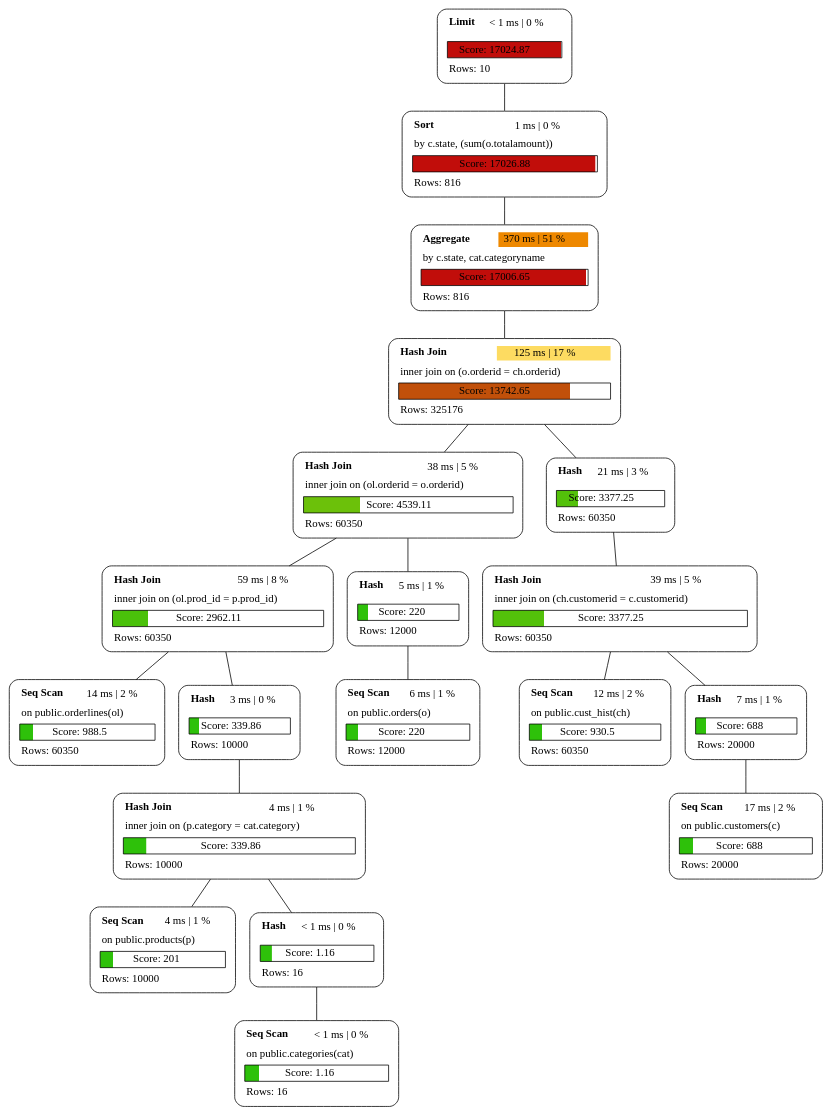
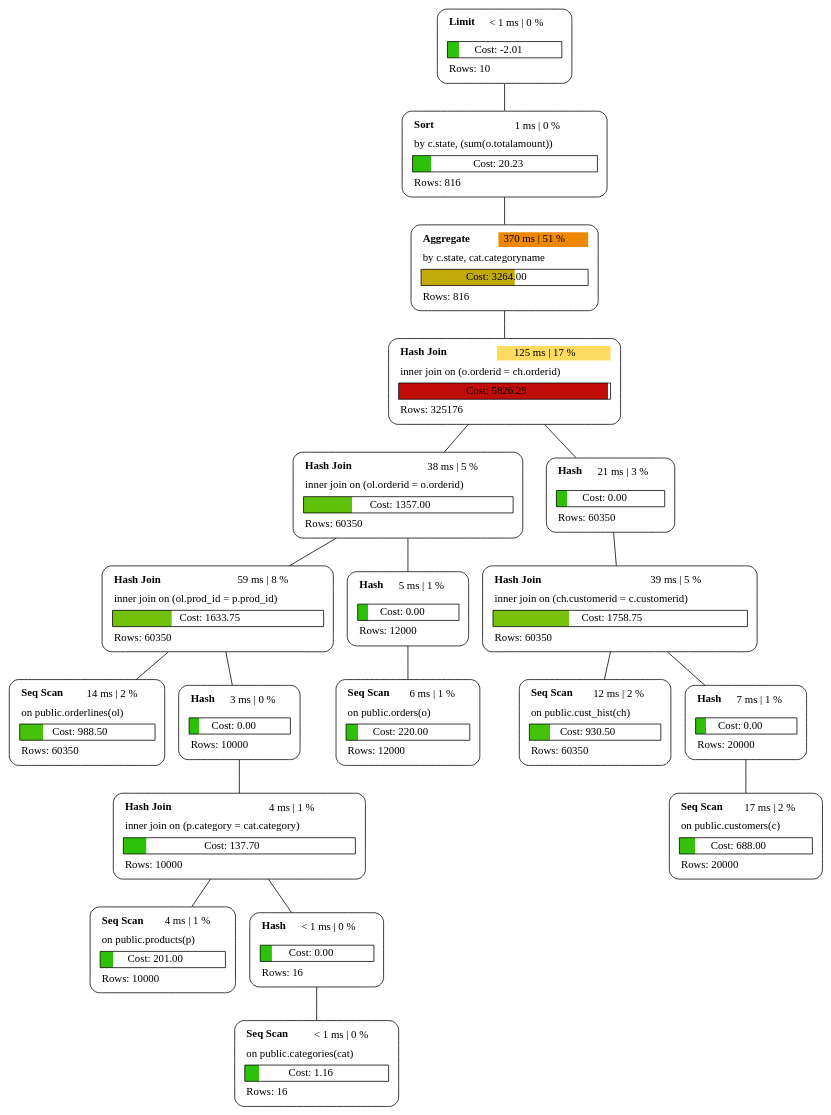
The diagram in examples/plan_5.dot (sanpii/explain), drawn with Graphviz before and after one commit. The commit also changed 16 other files, not shown here.

```diff
--- a/examples/plan_5.dot
+++ b/examples/plan_5.dot
@@ -1,23 +1,23 @@
 graph explain {
-    node0[label=<<table border="0" cellborder="0" cellspacing="5"><tr><td align="left"><b>Limit</b></td><td>&lt; 1 ms | 0 %</td></tr><tr><td colspan="2" align="left"></td></tr><tr><td colspan="2" border="1" bgcolor="#c10d0a;0.99:white">Score: 17024.87</td></tr><tr><td colspan="2" align="left">Rows: 10</td></tr></table>>][style="rounded"][shape="box"];
-    node1[label=<<table border="0" cellborder="0" cellspacing="5"><tr><td align="left"><b>Sort</b></td><td bgcolor="white">1 ms | 0 %</td></tr><tr><td colspan="2" align="left">by c.state, (sum(o.totalamount))</td></tr><tr><td colspan="2" border="1" bgcolor="#c10d0a;0.99:white">Score: 17026.88</td></tr><tr><td colspan="2" align="left">Rows: 816</td></tr></table>>][style="rounded"][shape="box"];
-    node2[label=<<table border="0" cellborder="0" cellspacing="5"><tr><td align="left"><b>Aggregate</b></td><td bgcolor="#ee8800">370 ms | 51 %</td></tr><tr><td colspan="2" align="left">by c.state, cat.categoryname</td></tr><tr><td colspan="2" border="1" bgcolor="#c10d0a;0.99:white">Score: 17006.65</td></tr><tr><td colspan="2" align="left">Rows: 816</td></tr></table>>][style="rounded"][shape="box"];
-    node3[label=<<table border="0" cellborder="0" cellspacing="5"><tr><td align="left"><b>Hash Join</b></td><td bgcolor="#fddb61">125 ms | 17 %</td></tr><tr><td colspan="2" align="left">inner join on (o.orderid = ch.orderid)</td></tr><tr><td colspan="2" border="1" bgcolor="#c1500a;0.81:white">Score: 13742.65</td></tr><tr><td colspan="2" align="left">Rows: 325176</td></tr></table>>][style="rounded"][shape="box"];
-    node4[label=<<table border="0" cellborder="0" cellspacing="5"><tr><td align="left"><b>Hash Join</b></td><td bgcolor="white">38 ms | 5 %</td></tr><tr><td colspan="2" align="left">inner join on (ol.orderid = o.orderid)</td></tr><tr><td colspan="2" border="1" bgcolor="#6cc10a;0.27:white">Score: 4539.11</td></tr><tr><td colspan="2" align="left">Rows: 60350</td></tr></table>>][style="rounded"][shape="box"];
-    node5[label=<<table border="0" cellborder="0" cellspacing="5"><tr><td align="left"><b>Hash Join</b></td><td bgcolor="white">59 ms | 8 %</td></tr><tr><td colspan="2" align="left">inner join on (ol.prod_id = p.prod_id)</td></tr><tr><td colspan="2" border="1" bgcolor="#4ac10a;0.17:white">Score: 2962.11</td></tr><tr><td colspan="2" align="left">Rows: 60350</td></tr></table>>][style="rounded"][shape="box"];
-    node6[label=<<table border="0" cellborder="0" cellspacing="5"><tr><td align="left"><b>Seq Scan</b></td><td bgcolor="white">14 ms | 2 %</td></tr><tr><td colspan="2" align="left">on public.orderlines(ol)</td></tr><tr><td colspan="2" border="1" bgcolor="#2ec10a;0.10:white">Score: 988.5</td></tr><tr><td colspan="2" align="left">Rows: 60350</td></tr></table>>][style="rounded"][shape="box"];
-    node7[label=<<table border="0" cellborder="0" cellspacing="5"><tr><td align="left"><b>Hash</b></td><td bgcolor="white">3 ms | 0 %</td></tr><tr><td colspan="2" align="left"></td></tr><tr><td colspan="2" border="1" bgcolor="#2ec10a;0.10:white">Score: 339.86</td></tr><tr><td colspan="2" align="left">Rows: 10000</td></tr></table>>][style="rounded"][shape="box"];
-    node8[label=<<table border="0" cellborder="0" cellspacing="5"><tr><td align="left"><b>Hash Join</b></td><td bgcolor="white">4 ms | 1 %</td></tr><tr><td colspan="2" align="left">inner join on (p.category = cat.category)</td></tr><tr><td colspan="2" border="1" bgcolor="#2ec10a;0.10:white">Score: 339.86</td></tr><tr><td colspan="2" align="left">Rows: 10000</td></tr></table>>][style="rounded"][shape="box"];
-    node9[label=<<table border="0" cellborder="0" cellspacing="5"><tr><td align="left"><b>Seq Scan</b></td><td bgcolor="white">4 ms | 1 %</td></tr><tr><td colspan="2" align="left">on public.products(p)</td></tr><tr><td colspan="2" border="1" bgcolor="#2ec10a;0.10:white">Score: 201</td></tr><tr><td colspan="2" align="left">Rows: 10000</td></tr></table>>][style="rounded"][shape="box"];
-    node10[label=<<table border="0" cellborder="0" cellspacing="5"><tr><td align="left"><b>Hash</b></td><td>&lt; 1 ms | 0 %</td></tr><tr><td colspan="2" align="left"></td></tr><tr><td colspan="2" border="1" bgcolor="#2ec10a;0.10:white">Score: 1.16</td></tr><tr><td colspan="2" align="left">Rows: 16</td></tr></table>>][style="rounded"][shape="box"];
-    node11[label=<<table border="0" cellborder="0" cellspacing="5"><tr><td align="left"><b>Seq Scan</b></td><td>&lt; 1 ms | 0 %</td></tr><tr><td colspan="2" align="left">on public.categories(cat)</td></tr><tr><td colspan="2" border="1" bgcolor="#2ec10a;0.10:white">Score: 1.16</td></tr><tr><td colspan="2" align="left">Rows: 16</td></tr></table>>][style="rounded"][shape="box"];
-    node12[label=<<table border="0" cellborder="0" cellspacing="5"><tr><td align="left"><b>Hash</b></td><td bgcolor="white">5 ms | 1 %</td></tr><tr><td colspan="2" align="left"></td></tr><tr><td colspan="2" border="1" bgcolor="#2ec10a;0.10:white">Score: 220</td></tr><tr><td colspan="2" align="left">Rows: 12000</td></tr></table>>][style="rounded"][shape="box"];
-    node13[label=<<table border="0" cellborder="0" cellspacing="5"><tr><td align="left"><b>Seq Scan</b></td><td bgcolor="white">6 ms | 1 %</td></tr><tr><td colspan="2" align="left">on public.orders(o)</td></tr><tr><td colspan="2" border="1" bgcolor="#2ec10a;0.10:white">Score: 220</td></tr><tr><td colspan="2" align="left">Rows: 12000</td></tr></table>>][style="rounded"][shape="box"];
-    node14[label=<<table border="0" cellborder="0" cellspacing="5"><tr><td align="left"><b>Hash</b></td><td bgcolor="white">21 ms | 3 %</td></tr><tr><td colspan="2" align="left"></td></tr><tr><td colspan="2" border="1" bgcolor="#53c10a;0.20:white">Score: 3377.25</td></tr><tr><td colspan="2" align="left">Rows: 60350</td></tr></table>>][style="rounded"][shape="box"];
-    node15[label=<<table border="0" cellborder="0" cellspacing="5"><tr><td align="left"><b>Hash Join</b></td><td bgcolor="white">39 ms | 5 %</td></tr><tr><td colspan="2" align="left">inner join on (ch.customerid = c.customerid)</td></tr><tr><td colspan="2" border="1" bgcolor="#53c10a;0.20:white">Score: 3377.25</td></tr><tr><td colspan="2" align="left">Rows: 60350</td></tr></table>>][style="rounded"][shape="box"];
-    node16[label=<<table border="0" cellborder="0" cellspacing="5"><tr><td align="left"><b>Seq Scan</b></td><td bgcolor="white">12 ms | 2 %</td></tr><tr><td colspan="2" align="left">on public.cust_hist(ch)</td></tr><tr><td colspan="2" border="1" bgcolor="#2ec10a;0.10:white">Score: 930.5</td></tr><tr><td colspan="2" align="left">Rows: 60350</td></tr></table>>][style="rounded"][shape="box"];
-    node17[label=<<table border="0" cellborder="0" cellspacing="5"><tr><td align="left"><b>Hash</b></td><td bgcolor="white">7 ms | 1 %</td></tr><tr><td colspan="2" align="left"></td></tr><tr><td colspan="2" border="1" bgcolor="#2ec10a;0.10:white">Score: 688</td></tr><tr><td colspan="2" align="left">Rows: 20000</td></tr></table>>][style="rounded"][shape="box"];
-    node18[label=<<table border="0" cellborder="0" cellspacing="5"><tr><td align="left"><b>Seq Scan</b></td><td bgcolor="white">17 ms | 2 %</td></tr><tr><td colspan="2" align="left">on public.customers(c)</td></tr><tr><td colspan="2" border="1" bgcolor="#2ec10a;0.10:white">Score: 688</td></tr><tr><td colspan="2" align="left">Rows: 20000</td></tr></table>>][style="rounded"][shape="box"];
+    node0[label=<<table border="0" cellborder="0" cellspacing="5"><tr><td align="left"><b>Limit</b></td><td>&lt; 1 ms | 0 %</td></tr><tr><td colspan="2" align="left"></td></tr><tr><td colspan="2" border="1" bgcolor="#2ec10a;0.10:white">Cost: -2.01</td></tr><tr><td colspan="2" align="left">Rows: 10</td></tr></table>>][style="rounded"][shape="box"];
+    node1[label=<<table border="0" cellborder="0" cellspacing="5"><tr><td align="left"><b>Sort</b></td><td bgcolor="white">1 ms | 0 %</td></tr><tr><td colspan="2" align="left">by c.state, (sum(o.totalamount))</td></tr><tr><td colspan="2" border="1" bgcolor="#2ec10a;0.10:white">Cost: 20.23</td></tr><tr><td colspan="2" align="left">Rows: 816</td></tr></table>>][style="rounded"][shape="box"];
+    node2[label=<<table border="0" cellborder="0" cellspacing="5"><tr><td align="left"><b>Aggregate</b></td><td bgcolor="#ee8800">370 ms | 51 %</td></tr><tr><td colspan="2" align="left">by c.state, cat.categoryname</td></tr><tr><td colspan="2" border="1" bgcolor="#c1ab0a;0.56:white">Cost: 3264.00</td></tr><tr><td colspan="2" align="left">Rows: 816</td></tr></table>>][style="rounded"][shape="box"];
+    node3[label=<<table border="0" cellborder="0" cellspacing="5"><tr><td align="left"><b>Hash Join</b></td><td bgcolor="#fddb61">125 ms | 17 %</td></tr><tr><td colspan="2" align="left">inner join on (o.orderid = ch.orderid)</td></tr><tr><td colspan="2" border="1" bgcolor="#c10d0a;0.99:white">Cost: 5826.29</td></tr><tr><td colspan="2" align="left">Rows: 325176</td></tr></table>>][style="rounded"][shape="box"];
+    node4[label=<<table border="0" cellborder="0" cellspacing="5"><tr><td align="left"><b>Hash Join</b></td><td bgcolor="white">38 ms | 5 %</td></tr><tr><td colspan="2" align="left">inner join on (ol.orderid = o.orderid)</td></tr><tr><td colspan="2" border="1" bgcolor="#5fc10a;0.23:white">Cost: 1357.00</td></tr><tr><td colspan="2" align="left">Rows: 60350</td></tr></table>>][style="rounded"][shape="box"];
+    node5[label=<<table border="0" cellborder="0" cellspacing="5"><tr><td align="left"><b>Hash Join</b></td><td bgcolor="white">59 ms | 8 %</td></tr><tr><td colspan="2" align="left">inner join on (ol.prod_id = p.prod_id)</td></tr><tr><td colspan="2" border="1" bgcolor="#71c10a;0.28:white">Cost: 1633.75</td></tr><tr><td colspan="2" align="left">Rows: 60350</td></tr></table>>][style="rounded"][shape="box"];
+    node6[label=<<table border="0" cellborder="0" cellspacing="5"><tr><td align="left"><b>Seq Scan</b></td><td bgcolor="white">14 ms | 2 %</td></tr><tr><td colspan="2" align="left">on public.orderlines(ol)</td></tr><tr><td colspan="2" border="1" bgcolor="#48c10a;0.17:white">Cost: 988.50</td></tr><tr><td colspan="2" align="left">Rows: 60350</td></tr></table>>][style="rounded"][shape="box"];
+    node7[label=<<table border="0" cellborder="0" cellspacing="5"><tr><td align="left"><b>Hash</b></td><td bgcolor="white">3 ms | 0 %</td></tr><tr><td colspan="2" align="left"></td></tr><tr><td colspan="2" border="1" bgcolor="#2ec10a;0.10:white">Cost: 0.00</td></tr><tr><td colspan="2" align="left">Rows: 10000</td></tr></table>>][style="rounded"][shape="box"];
+    node8[label=<<table border="0" cellborder="0" cellspacing="5"><tr><td align="left"><b>Hash Join</b></td><td bgcolor="white">4 ms | 1 %</td></tr><tr><td colspan="2" align="left">inner join on (p.category = cat.category)</td></tr><tr><td colspan="2" border="1" bgcolor="#2ec10a;0.10:white">Cost: 137.70</td></tr><tr><td colspan="2" align="left">Rows: 10000</td></tr></table>>][style="rounded"][shape="box"];
+    node9[label=<<table border="0" cellborder="0" cellspacing="5"><tr><td align="left"><b>Seq Scan</b></td><td bgcolor="white">4 ms | 1 %</td></tr><tr><td colspan="2" align="left">on public.products(p)</td></tr><tr><td colspan="2" border="1" bgcolor="#2ec10a;0.10:white">Cost: 201.00</td></tr><tr><td colspan="2" align="left">Rows: 10000</td></tr></table>>][style="rounded"][shape="box"];
+    node10[label=<<table border="0" cellborder="0" cellspacing="5"><tr><td align="left"><b>Hash</b></td><td>&lt; 1 ms | 0 %</td></tr><tr><td colspan="2" align="left"></td></tr><tr><td colspan="2" border="1" bgcolor="#2ec10a;0.10:white">Cost: 0.00</td></tr><tr><td colspan="2" align="left">Rows: 16</td></tr></table>>][style="rounded"][shape="box"];
+    node11[label=<<table border="0" cellborder="0" cellspacing="5"><tr><td align="left"><b>Seq Scan</b></td><td>&lt; 1 ms | 0 %</td></tr><tr><td colspan="2" align="left">on public.categories(cat)</td></tr><tr><td colspan="2" border="1" bgcolor="#2ec10a;0.10:white">Cost: 1.16</td></tr><tr><td colspan="2" align="left">Rows: 16</td></tr></table>>][style="rounded"][shape="box"];
+    node12[label=<<table border="0" cellborder="0" cellspacing="5"><tr><td align="left"><b>Hash</b></td><td bgcolor="white">5 ms | 1 %</td></tr><tr><td colspan="2" align="left"></td></tr><tr><td colspan="2" border="1" bgcolor="#2ec10a;0.10:white">Cost: 0.00</td></tr><tr><td colspan="2" align="left">Rows: 12000</td></tr></table>>][style="rounded"][shape="box"];
+    node13[label=<<table border="0" cellborder="0" cellspacing="5"><tr><td align="left"><b>Seq Scan</b></td><td bgcolor="white">6 ms | 1 %</td></tr><tr><td colspan="2" align="left">on public.orders(o)</td></tr><tr><td colspan="2" border="1" bgcolor="#2ec10a;0.10:white">Cost: 220.00</td></tr><tr><td colspan="2" align="left">Rows: 12000</td></tr></table>>][style="rounded"][shape="box"];
+    node14[label=<<table border="0" cellborder="0" cellspacing="5"><tr><td align="left"><b>Hash</b></td><td bgcolor="white">21 ms | 3 %</td></tr><tr><td colspan="2" align="left"></td></tr><tr><td colspan="2" border="1" bgcolor="#2ec10a;0.10:white">Cost: 0.00</td></tr><tr><td colspan="2" align="left">Rows: 60350</td></tr></table>>][style="rounded"][shape="box"];
+    node15[label=<<table border="0" cellborder="0" cellspacing="5"><tr><td align="left"><b>Hash Join</b></td><td bgcolor="white">39 ms | 5 %</td></tr><tr><td colspan="2" align="left">inner join on (ch.customerid = c.customerid)</td></tr><tr><td colspan="2" border="1" bgcolor="#79c10a;0.30:white">Cost: 1758.75</td></tr><tr><td colspan="2" align="left">Rows: 60350</td></tr></table>>][style="rounded"][shape="box"];
+    node16[label=<<table border="0" cellborder="0" cellspacing="5"><tr><td align="left"><b>Seq Scan</b></td><td bgcolor="white">12 ms | 2 %</td></tr><tr><td colspan="2" align="left">on public.cust_hist(ch)</td></tr><tr><td colspan="2" border="1" bgcolor="#44c10a;0.16:white">Cost: 930.50</td></tr><tr><td colspan="2" align="left">Rows: 60350</td></tr></table>>][style="rounded"][shape="box"];
+    node17[label=<<table border="0" cellborder="0" cellspacing="5"><tr><td align="left"><b>Hash</b></td><td bgcolor="white">7 ms | 1 %</td></tr><tr><td colspan="2" align="left"></td></tr><tr><td colspan="2" border="1" bgcolor="#2ec10a;0.10:white">Cost: 0.00</td></tr><tr><td colspan="2" align="left">Rows: 20000</td></tr></table>>][style="rounded"][shape="box"];
+    node18[label=<<table border="0" cellborder="0" cellspacing="5"><tr><td align="left"><b>Seq Scan</b></td><td bgcolor="white">17 ms | 2 %</td></tr><tr><td colspan="2" align="left">on public.customers(c)</td></tr><tr><td colspan="2" border="1" bgcolor="#35c10a;0.12:white">Cost: 688.00</td></tr><tr><td colspan="2" align="left">Rows: 20000</td></tr></table>>][style="rounded"][shape="box"];
     node0 -- node1[label=""];
     node1 -- node2[label=""];
     node2 -- node3[label=""];
```
